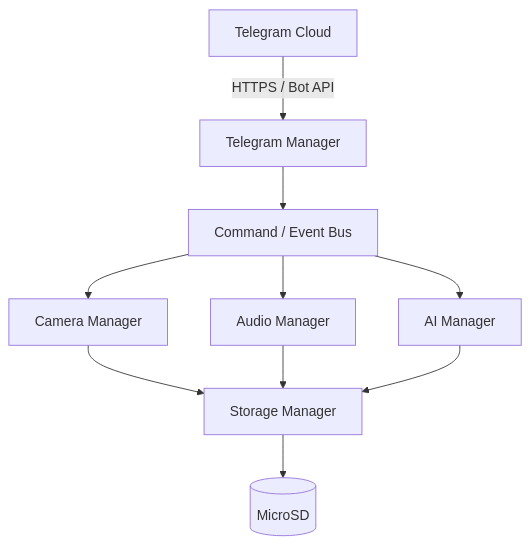
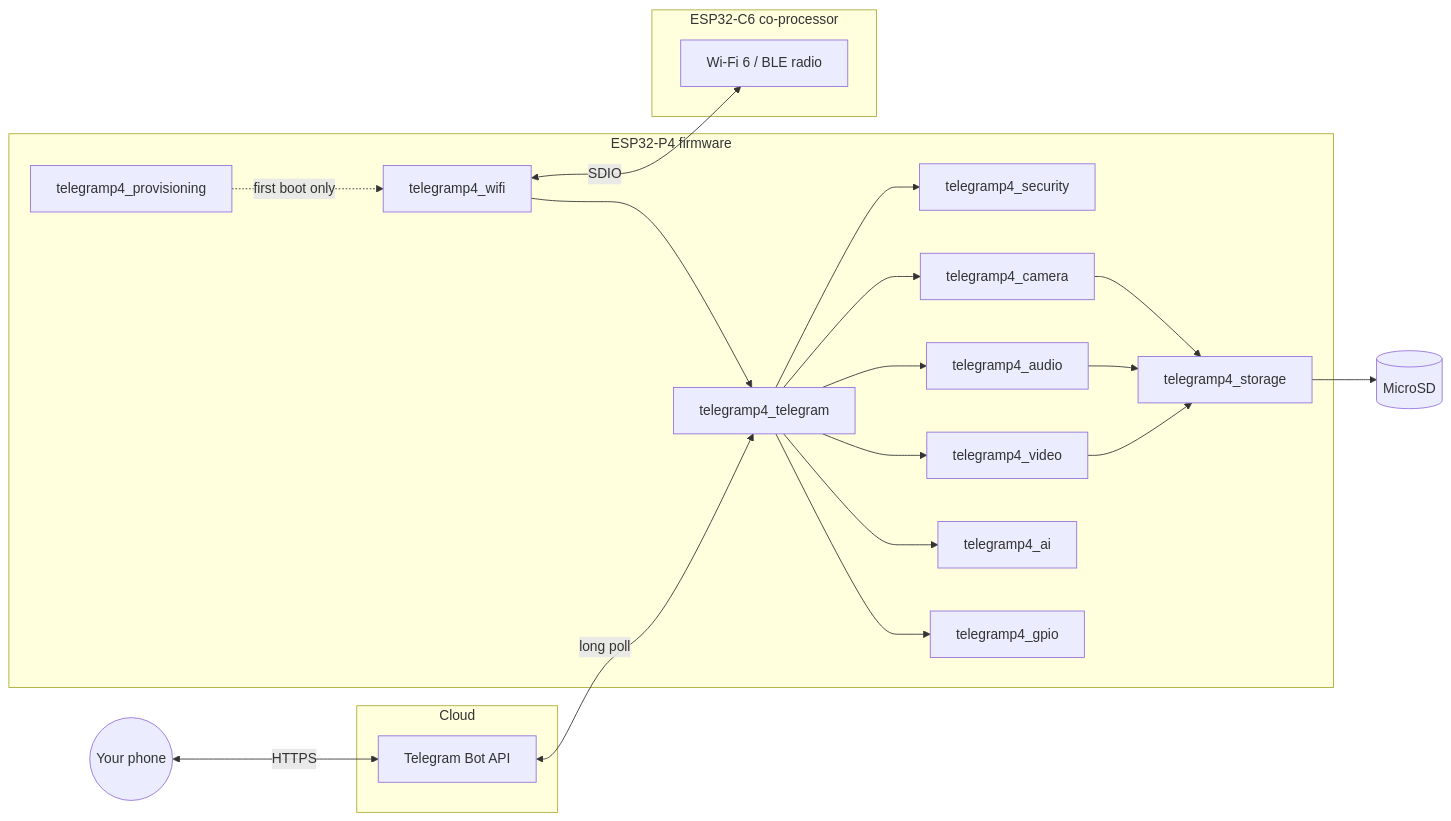
The diagram in README.md (manoranjan2050/Telegram-controlled-AI-Camera), drawn with Mermaid before and after one commit. The commit also changed other lines of this file and 15 other files, not shown here.

````diff
--- a/README.md
+++ b/README.md
@@ -146,12 +160,24 @@
 ```mermaid
-flowchart TD
-    TG[Telegram Cloud] -- HTTPS / Bot API --> TM[Telegram Manager]
-    TM --> Bus[Command / Event Bus]
-    Bus --> CM[Camera Manager]
-    Bus --> AM[Audio Manager]
-    Bus --> AIM[AI Manager]
-    CM --> SM[Storage Manager]
-    AM --> SM
-    AIM --> SM
+flowchart LR
+    subgraph Cloud
+        TG[Telegram Bot API]
+    end
+    subgraph "ESP32-P4 firmware"
+        TM[telegramp4_telegram] --> SEC[telegramp4_security]
+        TM --> CM[telegramp4_camera]
+        TM --> AM[telegramp4_audio]
+        TM --> VM[telegramp4_video]
+        TM --> AIM[telegramp4_ai]
+        TM --> GP[telegramp4_gpio]
+        CM & AM & VM --> SM[telegramp4_storage]
+        PV[telegramp4_provisioning] -.first boot only.-> WF[telegramp4_wifi]
+        WF --> TM
+    end
+    subgraph "ESP32-C6 co-processor"
+        SDIO[Wi-Fi 6 / BLE radio]
+    end
+    Phone((Your phone)) <-- HTTPS --> TG
+    TG <-- long poll --> TM
+    WF <-- SDIO --> SDIO
     SM --> SD[(MicroSD)]
 ```
````
